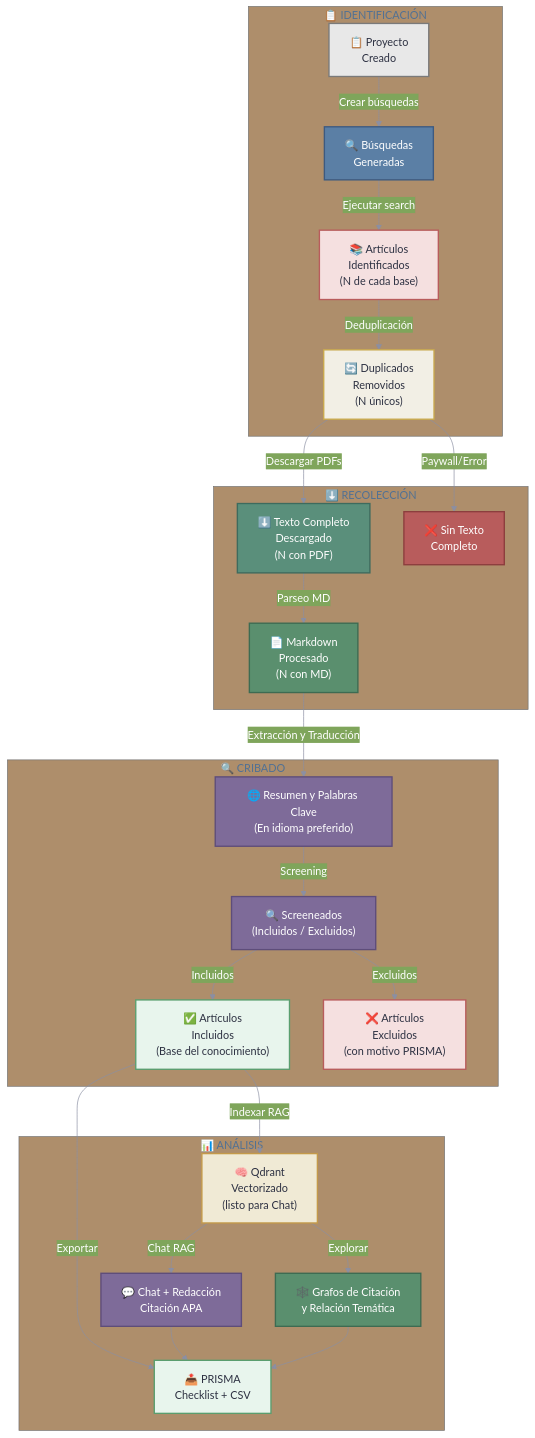
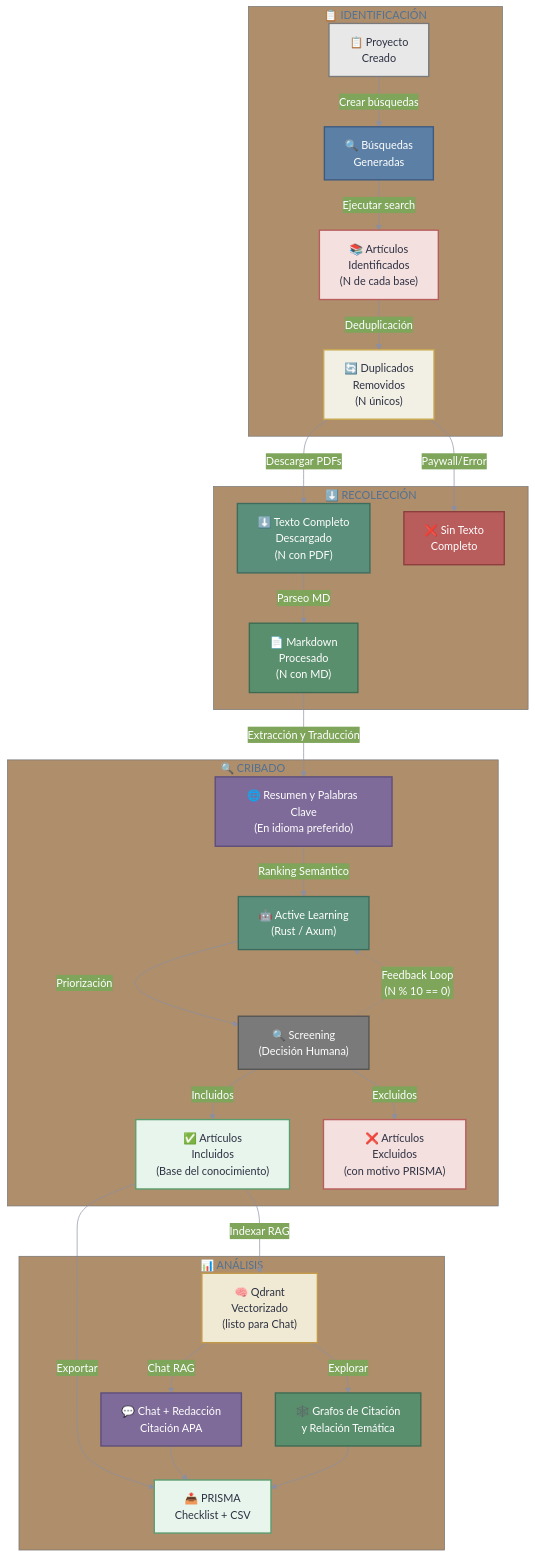
Before and after one commit to AlexPrietoRomani/AgriSearch: diagram 14 of 14 in docs/architecture/arquitectura.md, drawn with Mermaid. The commit also changed other lines of this file and 1 other file, not shown here.

Commit message:
docs: actualiza arquitectura con propuesta de aprendizaje activo en Rust

````diff
--- a/docs/architecture/arquitectura.md
+++ b/docs/architecture/arquitectura.md
@@ -933,52 +1022,54 @@
 ```mermaid
 %%{init: {'theme': 'base', 'themeVariables': {'primaryColor': '#5b7fa5', 'primaryTextColor': '#fff', 'lineColor': '#8b8fa3', 'textColor': '#2d3142'}}}%%
 graph TD
     classDef frontend fill:#5b7fa5,stroke:#3d5a80,color:#ffffff,stroke-width:2px
     classDef backend fill:#5a8f7b,stroke:#3d6b5e,color:#ffffff,stroke-width:2px
     classDef llm fill:#7e6b99,stroke:#5e4d7a,color:#ffffff,stroke-width:2px
     classDef database fill:#c49a4a,stroke:#9c7a30,color:#ffffff,stroke-width:2px
     classDef external fill:#b85c5c,stroke:#8c3e3e,color:#ffffff,stroke-width:2px
     classDef user fill:#7a7a7a,stroke:#555555,color:#ffffff,stroke-width:2px
     classDef success fill:#5a9e6f,stroke:#3d7a4f,color:#ffffff,stroke-width:2px
     classDef warning fill:#c9a94e,stroke:#9c8230,color:#ffffff,stroke-width:2px
     classDef error fill:#b85c5c,stroke:#8c3e3e,color:#ffffff,stroke-width:2px
     classDef parser_odl fill:#4a7ab5,stroke:#345a8a,color:#ffffff,stroke-width:2px
     classDef parser_mit fill:#7b6199,stroke:#5c4577,color:#ffffff,stroke-width:2px
     classDef common fill:#5a8f6e,stroke:#3d6b52,color:#ffffff,stroke-width:2px
 
     subgraph F1 ["📋 IDENTIFICACIÓN"]
         A["📋 Proyecto<br/>Creado"]:::user -->|"Crear búsquedas"| B["🔍 Búsquedas<br/>Generadas"]:::frontend
         B -->|"Ejecutar search"| C["📚 Artículos<br/>Identificados<br/>(N de cada base)"]:::external
         C -->|"Deduplicación"| D["🔄 Duplicados<br/>Removidos<br/>(N únicos)"]:::warning
     end
 
     subgraph F2 ["⬇️ RECOLECCIÓN"]
         D -->|"Descargar PDFs"| E["⬇️ Texto Completo<br/>Descargado<br/>(N con PDF)"]:::backend
         D -->|"Paywall/Error"| F["❌ Sin Texto<br/>Completo"]:::error
         E -->|"Parseo MD"| G["📄 Markdown<br/>Procesado<br/>(N con MD)"]:::common
     end
 
     subgraph F3 ["🔍 CRIBADO"]
         G -->|"Extracción y Traducción"| G2["🌐 Resumen y Palabras Clave<br/>(En idioma preferido)"]:::llm
-        G2 -->|"Screening"| H["🔍 Screeneados<br/>(Incluidos / Excluidos)"]:::llm
+        G2 -->|"Ranking Semántico"| AL["🤖 Active Learning<br/>(Rust / Axum)"]:::backend
+        AL -->|"Priorización"| H["🔍 Screening<br/>(Decisión Humana)"]:::user
         H -->|"Incluidos"| I["✅ Artículos<br/>Incluidos<br/>(Base del conocimiento)"]:::success
         H -->|"Excluidos"| J["❌ Artículos<br/>Excluidos<br/>(con motivo PRISMA)"]:::error
+        H -.->|"Feedback Loop<br/>(N % 10 == 0)"| AL
     end
 
     subgraph F4 ["📊 ANÁLISIS"]
         I -->|"Indexar RAG"| K["🧠 Qdrant<br/>Vectorizado<br/>(listo para Chat)"]:::database
         K -->|"Chat RAG"| L["💬 Chat + Redacción<br/>Citación APA"]:::llm
         K -->|"Explorar"| M["🕸️ Grafos de Citación<br/>y Relación Temática"]:::common
         I -->|"Exportar"| N["📤 PRISMA<br/>Checklist + CSV"]:::success
         L --> N
         M --> N
     end
 
     style A fill:#e8e8e8,stroke:#7a7a7a,stroke-width:2px,color:#2d3142
     style C fill:#f5e0e0,stroke:#b85c5c,stroke-width:2px,color:#2d3142
     style D fill:#f2efe5,stroke:#c9a94e,stroke-width:2px,color:#2d3142
     style I fill:#e8f5ed,stroke:#5a9e6f,stroke-width:2px,color:#2d3142
     style J fill:#f5e0e0,stroke:#b85c5c,stroke-width:2px,color:#2d3142
     style K fill:#f0ead5,stroke:#c49a4a,stroke-width:2px,color:#2d3142
     style N fill:#e8f5ed,stroke:#5a9e6f,stroke-width:2px,color:#2d3142
 ```
````
